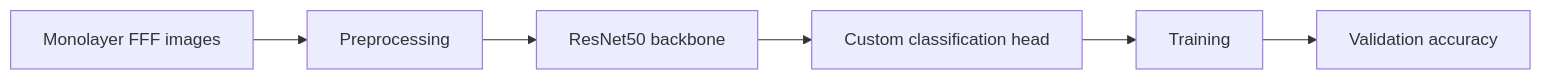
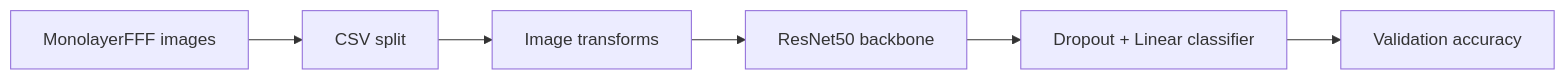
One commit to prasannanjaneyreddychalla/monolayerfff-resnet50 changed the diagram in README.md. Above: the diagram before and after it, drawn with Mermaid. The commit also changed other lines of this file and 1 other file, not shown here.

Commit message:
Update README and graph

````diff
--- a/README.md
+++ b/README.md
@@ -38,8 +64,8 @@
 ```mermaid
 flowchart LR
-    A[Monolayer FFF images] --> B[Preprocessing]
-    B --> C[ResNet50 backbone]
-    C --> D[Custom classification head]
-    D --> E[Training]
+    A[MonolayerFFF images] --> B[CSV split]
+    B --> C[Image transforms]
+    C --> D[ResNet50 backbone]
+    D --> E[Dropout + Linear classifier]
     E --> F[Validation accuracy]
 ```
````
